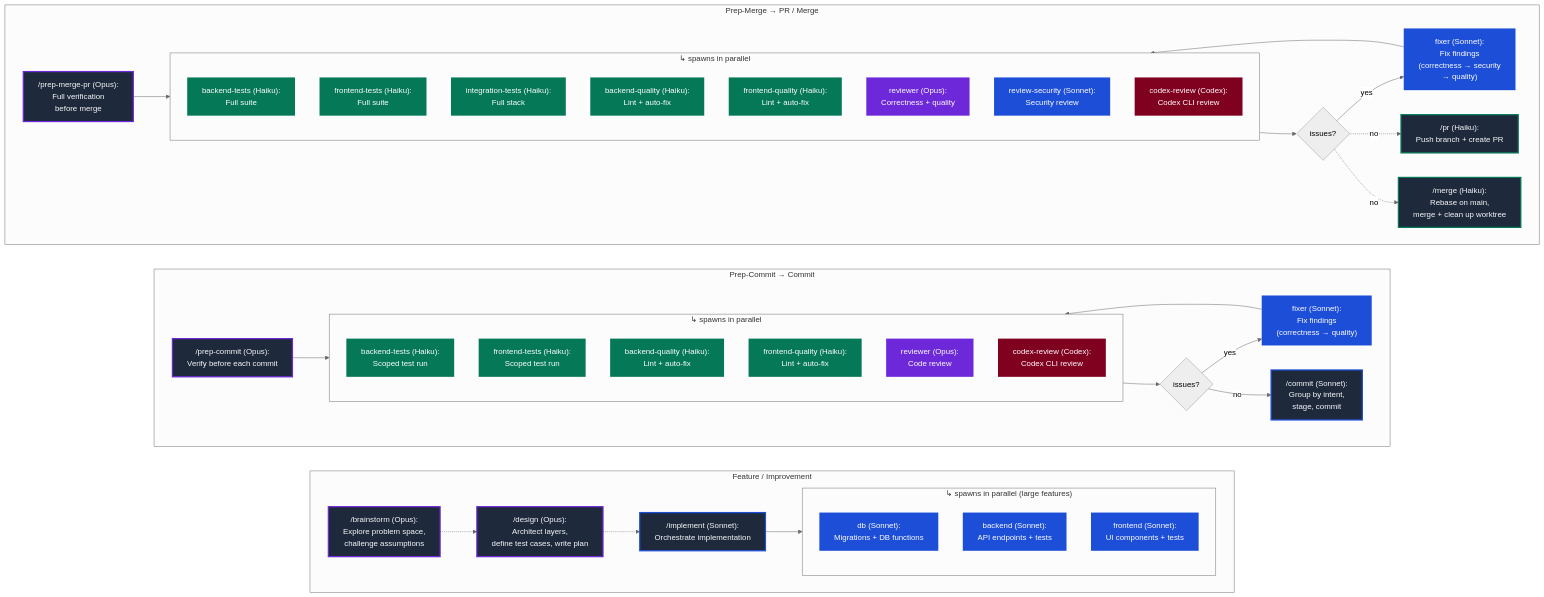
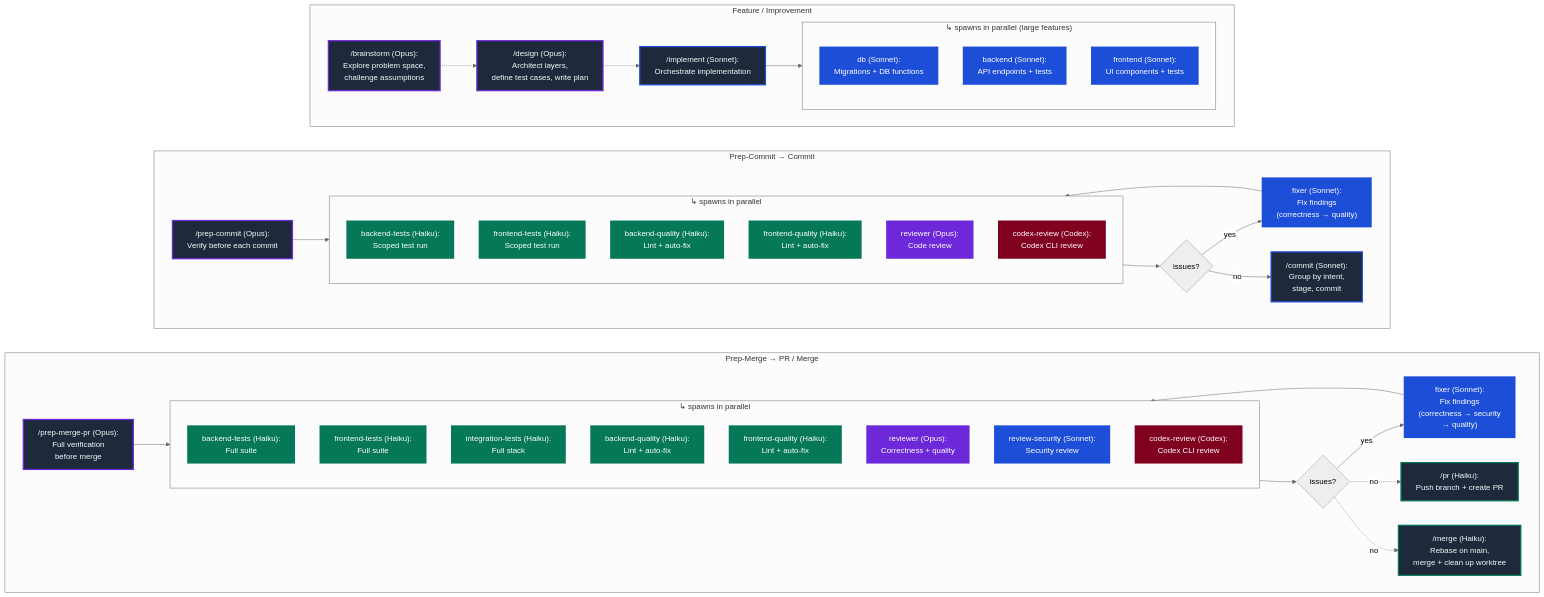
Before and after one commit to kambatla/ccupa: the diagram in README.md, drawn with Mermaid (neutral theme). The commit also changed other lines of this file, not shown here.

````diff
--- a/README.md
+++ b/README.md
@@ -43,43 +43,5 @@
 ```mermaid
 flowchart LR
- subgraph IMPL_A["↳ spawns in parallel (large features)"]
-    direction TB
-        IDB["db (Sonnet):<br/>Migrations + DB functions"]
-        IBE["backend (Sonnet):<br/>API endpoints + tests"]
-        IFE["frontend (Sonnet):<br/>UI components + tests"]
-  end
- subgraph FEAT["Feature / Improvement"]
-    direction LR
-        BS["/brainstorm (Opus):<br/>Explore problem space,<br/>challenge assumptions"]
-        DS["/design (Opus):<br/>Architect layers,<br/>define test cases, write plan"]
-        IMP["/implement (Sonnet):<br/>Orchestrate implementation"]
-        IMPL_A
-  end
-%%  subgraph BUG["Bug Fix"]
-%%     direction TB
-%%         BG["/bug (Opus):<br/>Trace root cause,<br/>write failing test,<br/>apply fix, verify"]
-%%   end
- subgraph PC_FLOW["Prep-Commit → Commit"]
-    direction LR
-    PC["/prep-commit (Opus):<br/>Verify before each commit"]
-    subgraph PC_A["↳ spawns in parallel"]
-        direction TB
-        PCT["backend-tests (Haiku):<br/>Scoped test run"]
-        PCF2["frontend-tests (Haiku):<br/>Scoped test run"]
-        PCQ["backend-quality (Haiku):<br/>Lint + auto-fix"]
-        PCFQ["frontend-quality (Haiku):<br/>Lint + auto-fix"]
-        PCR["reviewer (Opus):<br/>Code review"]
-        PCC["codex-review (Codex):<br/>Codex CLI review"]
-    end
-    PC_CHECK{issues?}
-    PCFIX["fixer (Sonnet):<br/>Fix findings<br/>(correctness → quality)"]
-    CMT["/commit (Sonnet):<br/>Group by intent,<br/>stage, commit"]
-    PC --> PC_A
-    PC_A --> PC_CHECK
-    PC_CHECK -->|yes| PCFIX
-    PCFIX --> PC_A
-    PC_CHECK -->|no| CMT
-  end
  subgraph PMP_FLOW["Prep-Merge → PR / Merge"]
     direction LR
     PMP["/prep-merge-pr (Opus):<br/>Full verification<br/>before merge"]
@@ -105,6 +67,44 @@
     PMP_CHECK -.->|no| PR
     PMP_CHECK -.->|no| MRG
   end
+ subgraph PC_FLOW["Prep-Commit → Commit"]
+    direction LR
+    PC["/prep-commit (Opus):<br/>Verify before each commit"]
+    subgraph PC_A["↳ spawns in parallel"]
+        direction TB
+        PCT["backend-tests (Haiku):<br/>Scoped test run"]
+        PCF2["frontend-tests (Haiku):<br/>Scoped test run"]
+        PCQ["backend-quality (Haiku):<br/>Lint + auto-fix"]
+        PCFQ["frontend-quality (Haiku):<br/>Lint + auto-fix"]
+        PCR["reviewer (Opus):<br/>Code review"]
+        PCC["codex-review (Codex):<br/>Codex CLI review"]
+    end
+    PC_CHECK{issues?}
+    PCFIX["fixer (Sonnet):<br/>Fix findings<br/>(correctness → quality)"]
+    CMT["/commit (Sonnet):<br/>Group by intent,<br/>stage, commit"]
+    PC --> PC_A
+    PC_A --> PC_CHECK
+    PC_CHECK -->|yes| PCFIX
+    PCFIX --> PC_A
+    PC_CHECK -->|no| CMT
+  end
+ subgraph IMPL_A["↳ spawns in parallel (large features)"]
+    direction TB
+        IDB["db (Sonnet):<br/>Migrations + DB functions"]
+        IBE["backend (Sonnet):<br/>API endpoints + tests"]
+        IFE["frontend (Sonnet):<br/>UI components + tests"]
+  end
+ subgraph FEAT["Feature / Improvement"]
+    direction LR
+        BS["/brainstorm (Opus):<br/>Explore problem space,<br/>challenge assumptions"]
+        DS["/design (Opus):<br/>Architect layers,<br/>define test cases, write plan"]
+        IMP["/implement (Sonnet):<br/>Orchestrate implementation"]
+        IMPL_A
+  end
+%%  subgraph BUG["Bug Fix"]
+%%     direction TB
+%%         BG["/bug (Opus):<br/>Trace root cause,<br/>write failing test,<br/>apply fix, verify"]
+%%   end
     BS -.-> DS
     DS -.-> IMP
     IMP --> IMPL_A
````
